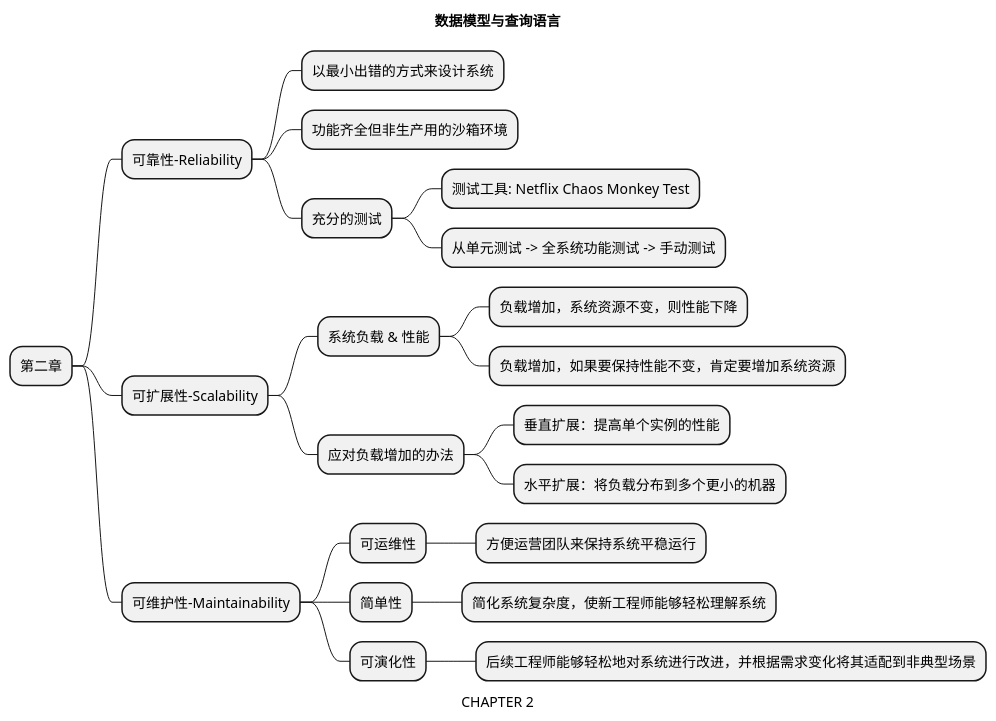
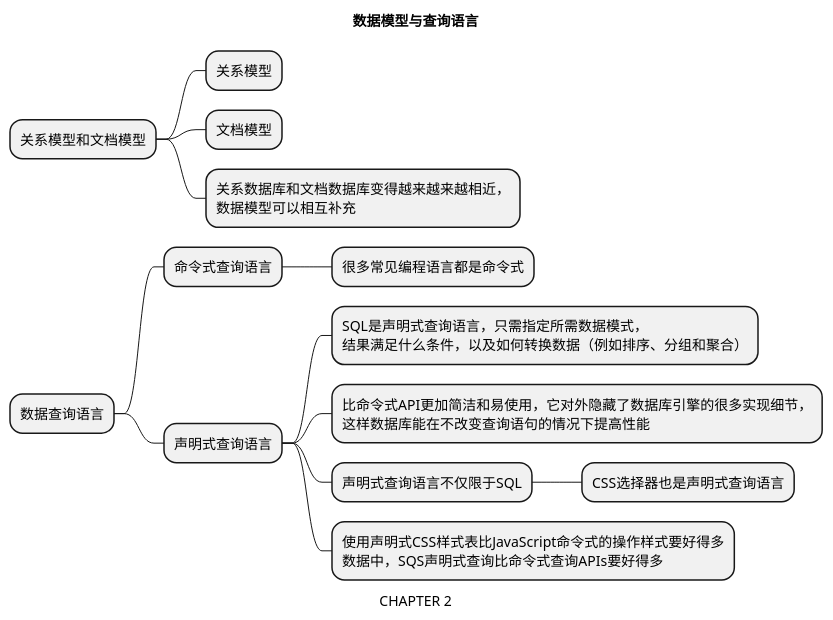
Before and after one commit to kuqi007/zor-advanced: the diagram in notes/ddia/第二章.puml, drawn with PlantUML.

Commit message:
docs: DDIA chapter 2.

```diff
--- a/notes/ddia/第二章.puml
+++ b/notes/ddia/第二章.puml
@@ -1,32 +1,30 @@
 @startmindmap
 'https://plantuml.com/mindmap-diagram
 
 caption CHAPTER 2
 title 数据模型与查询语言
 
-* 第二章
-** 可靠性-Reliability
-*** 以最小出错的方式来设计系统
-*** 功能齐全但非生产用的沙箱环境
-*** 充分的测试
-**** 测试工具: Netflix Chaos Monkey Test
-**** 从单元测试 -> 全系统功能测试 -> 手动测试
+* 关系模型和文档模型
+** 关系模型
 
-** 可扩展性-Scalability
-*** 系统负载 & 性能
-**** 负载增加，系统资源不变，则性能下降
-**** 负载增加，如果要保持性能不变，肯定要增加系统资源
-*** 应对负载增加的办法
-**** 垂直扩展：提高单个实例的性能
-**** 水平扩展：将负载分布到多个更小的机器
 
-** 可维护性-Maintainability
-*** 可运维性
-**** 方便运营团队来保持系统平稳运行
-*** 简单性
-**** 简化系统复杂度，使新工程师能够轻松理解系统
-*** 可演化性
-**** 后续工程师能够轻松地对系统进行改进，并根据需求变化将其适配到非典型场景
+** 文档模型
+
+** 关系数据库和文档数据库变得越来越来越相近，\n数据模型可以相互补充
+
+* 数据查询语言
+** 命令式查询语言
+*** 很多常见编程语言都是命令式
+
+** 声明式查询语言
+*** SQL是声明式查询语言，只需指定所需数据模式，\n结果满足什么条件，以及如何转换数据（例如排序、分组和聚合）
+*** 比命令式API更加简洁和易使用，它对外隐藏了数据库引擎的很多实现细节，\n这样数据库能在不改变查询语句的情况下提高性能
+*** 声明式查询语言不仅限于SQL
+**** CSS选择器也是声明式查询语言
+*** 使用声明式CSS样式表比JavaScript命令式的操作样式要好得多\n数据中，SQS声明式查询比命令式查询APIs要好得多
+
+
+
 
 
 @endmindmap
```
